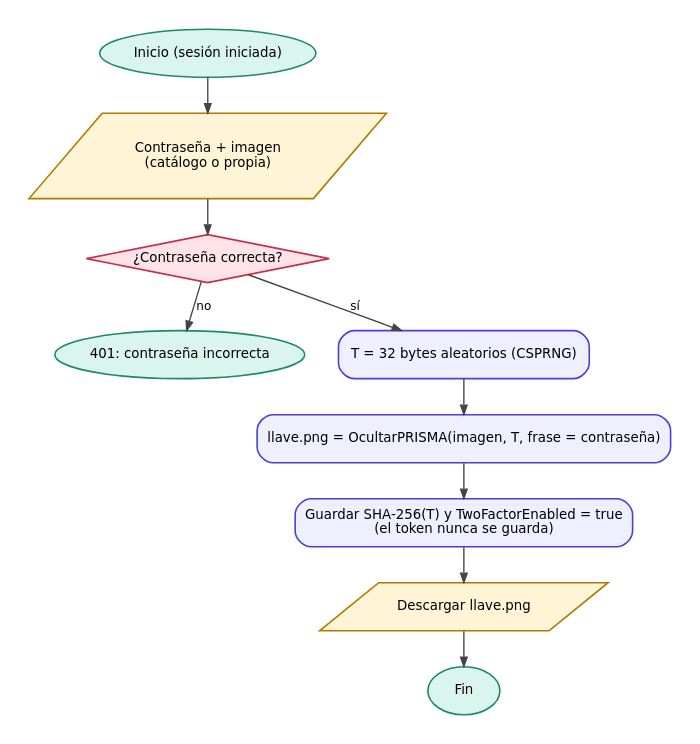
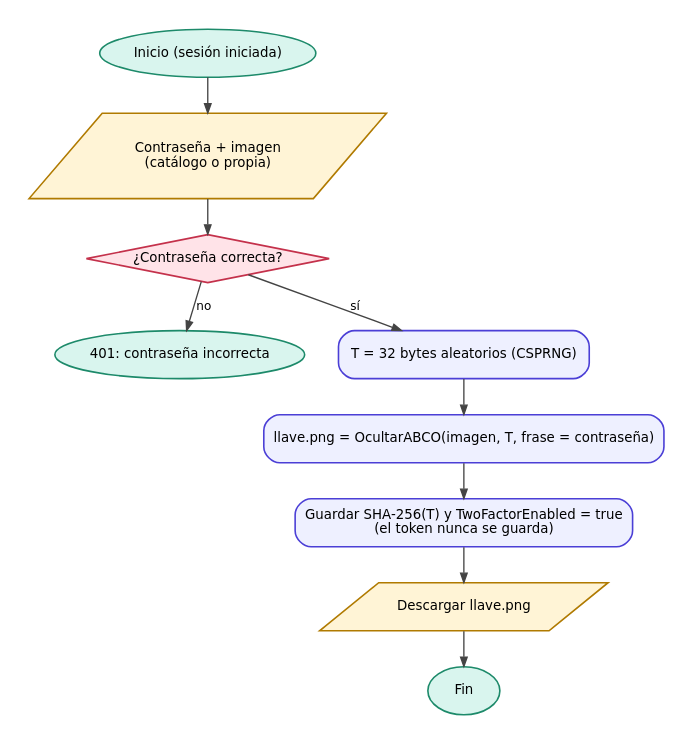
The diagram in Examen_Prisma/docs/diagramas/activar_2fa.dot (yaelrdf/Virologia_Criptografia_UPIICSA), drawn with Graphviz before and after one commit. The commit also changed 16 other files, not shown here.

First line of the commit message:
Documentación ABCO: diagramas, API, README, DEPLOY y generador del Word actualizados

```diff
--- a/Examen_Prisma/docs/diagramas/activar_2fa.dot
+++ b/Examen_Prisma/docs/diagramas/activar_2fa.dot
@@ -1,9 +1,9 @@
 digraph G { graph [fontname="DejaVu Sans", fontsize=11, nodesep=0.35, ranksep=0.35, pad=0.2, bgcolor="white"];
 node [fontname="DejaVu Sans", fontsize=10, shape=box, style="rounded,filled", fillcolor="#eef0ff", color="#4b3fd6", penwidth=1.2, margin="0.15,0.07"];
 edge [fontname="DejaVu Sans", fontsize=9, color="#444444", arrowsize=0.7];
   ini [label="Inicio (sesión iniciada)", shape=oval, style=filled, fillcolor="#d9f5ee", color="#1d8a6a"]; fin [label="Fin", shape=oval, style=filled, fillcolor="#d9f5ee", color="#1d8a6a"]; no [label="401: contraseña incorrecta", shape=oval, style=filled, fillcolor="#d9f5ee", color="#1d8a6a"];
   ent [label="Contraseña + imagen\n(catálogo o propia)", shape=parallelogram, style=filled, fillcolor="#fff4d6", color="#b07a00"]; q [label="¿Contraseña correcta?", shape=diamond, style=filled, fillcolor="#ffe3e8", color="#c4314b", margin="0.05,0.03"];
-  tok [label="T = 32 bytes aleatorios (CSPRNG)"]; hide [label="llave.png = OcultarPRISMA(imagen, T, frase = contraseña)"];
+  tok [label="T = 32 bytes aleatorios (CSPRNG)"]; hide [label="llave.png = OcultarABCO(imagen, T, frase = contraseña)"];
   save [label="Guardar SHA-256(T) y TwoFactorEnabled = true\n(el token nunca se guarda)"]; out [label="Descargar llave.png", shape=parallelogram, style=filled, fillcolor="#fff4d6", color="#b07a00"];
   ini -> ent -> q; q -> no [label="no"]; q -> tok [label="sí"]; tok -> hide -> save -> out -> fin;
 }
```
